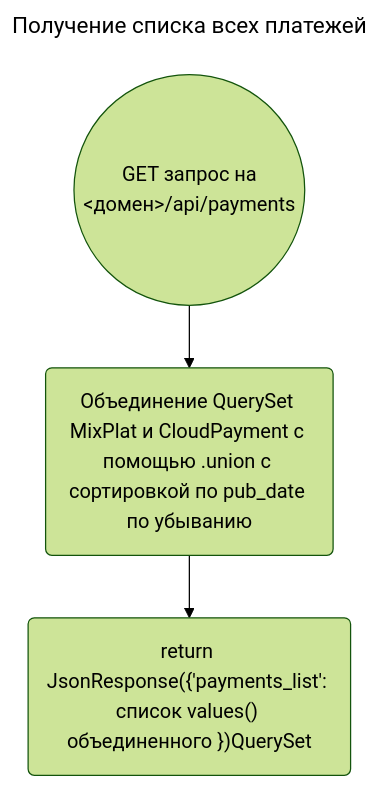
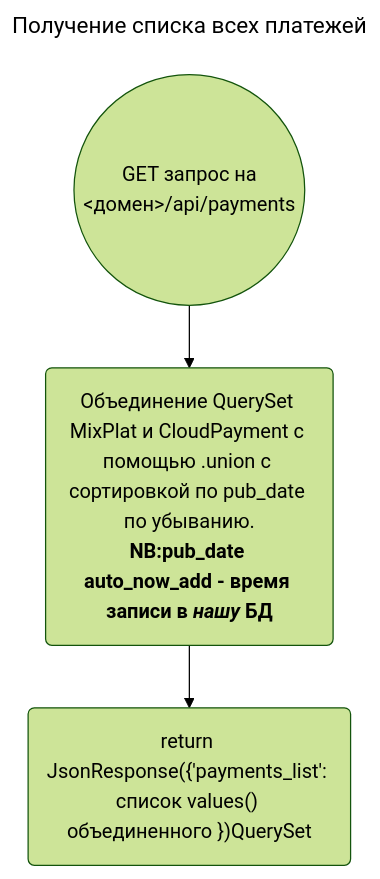
The sixth of 6 diagrams in docs/project_description.md (nko-nzhkc/nko), drawn with Mermaid (forest theme) before and after one commit. The commit also changed other lines of this file, not shown here.

Commit message:
#103: feat: add send_payment_email diagram

````diff
--- a/docs/project_description.md
+++ b/docs/project_description.md
@@ -134,8 +164,8 @@
 ```mermaid
 ---
 title: Получение списка всех платежей
 ---
 flowchart TD
-A(GET запрос на <br><домен>/api/payments)@{shape: circle}--> B(Объединение QuerySet MixPlat и CloudPayment с помощью .union с сортировкой по pub_date по убыванию)
+A(GET запрос на <br><домен>/api/payments)@{shape: circle}--> B("`Объединение QuerySet MixPlat и CloudPayment с помощью .union с сортировкой по pub_date по убыванию.<br>**NB:pub_date auto_now_add - время записи в *нашу* БД**`")
 B --> C("return JsonResponse({'payments_list': список values() объединенного })QuerySet")
 ```
````
